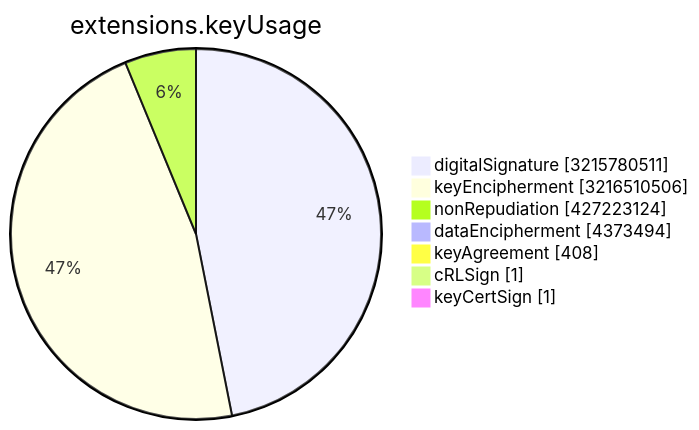
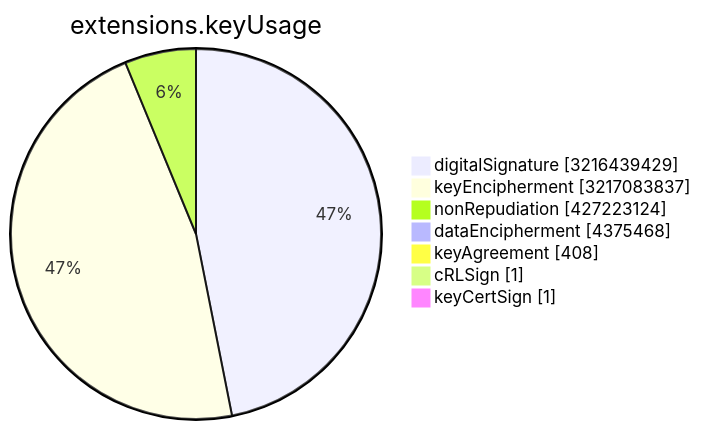
Before and after one commit to christiankrug/ctmonitor_visualization: the sixth of 15 diagrams in TOTAL/README.md, drawn with Mermaid. The commit also changed other lines of this file, not shown here.

````diff
--- a/TOTAL/README.md
+++ b/TOTAL/README.md
@@ -3077,11 +3077,11 @@
 ```mermaid
 pie showData
 title extensions.keyUsage
-"digitalSignature" :3215780511
-"keyEncipherment" :3216510506
+"digitalSignature" :3216439429
+"keyEncipherment" :3217083837
 "nonRepudiation" :427223124
-"dataEncipherment" :4373494
+"dataEncipherment" :4375468
 "keyAgreement" :408
 "cRLSign" :1
 "keyCertSign" :1
 ```
````
